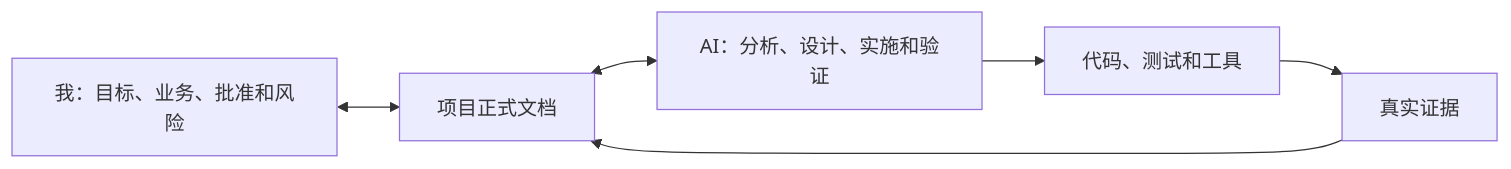
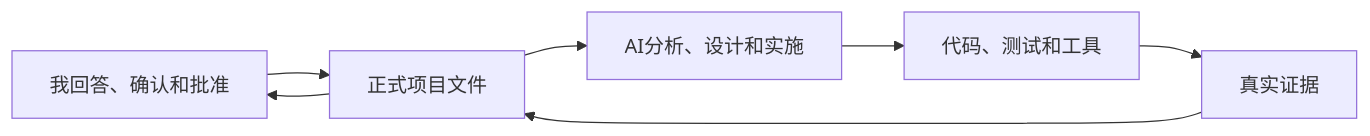
Before and after one commit to yixiu001/ai-dev-kb: the diagram in 00-user-guide/README.md, drawn with Mermaid. The commit also changed other lines of this file and 15 other files, not shown here.

````diff
--- a/00-user-guide/README.md
+++ b/00-user-guide/README.md
@@ -22,8 +45,9 @@
 ```mermaid
 flowchart LR
-    U[我：目标、业务、批准和风险] <--> K[项目正式文档]
-    K <--> A[AI：分析、设计、实施和验证]
+    U[我回答、确认和批准] --> K[正式项目文件]
+    K --> A[AI分析、设计和实施]
     A --> T[代码、测试和工具]
     T --> E[真实证据]
     E --> K
+    K --> U
 ```
````
